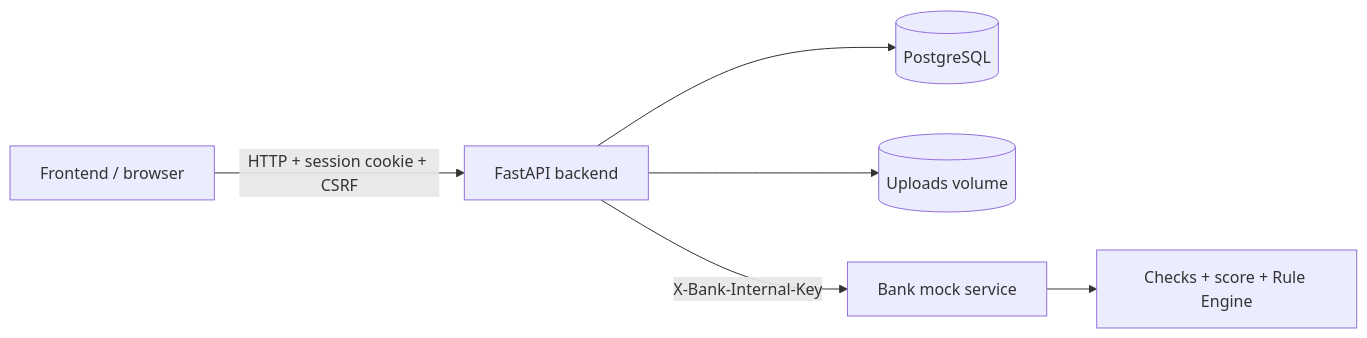
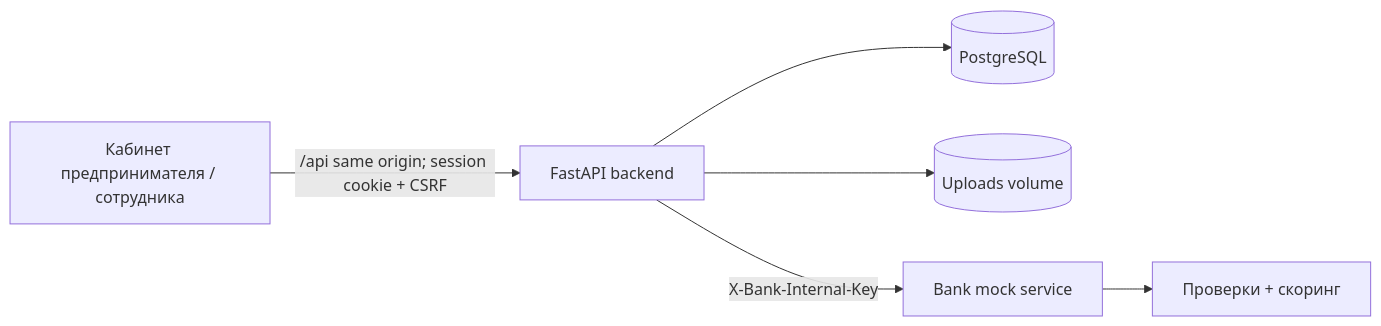
The first of 2 diagrams in docs/architecture.md (nbva29/alpha_hackathon), drawn with Mermaid before and after one commit. The commit also changed other lines of this file and 44 other files, not shown here.

````diff
--- a/docs/architecture.md
+++ b/docs/architecture.md
@@ -3,8 +3,8 @@
 ```mermaid
 flowchart LR
-  UI[Frontend / browser] -->|HTTP + session cookie + CSRF| API[FastAPI backend]
+  UI[Кабинет предпринимателя / сотрудника] -->|/api same origin; session cookie + CSRF| API[FastAPI backend]
   API --> DB[(PostgreSQL)]
   API --> FS[(Uploads volume)]
   API -->|X-Bank-Internal-Key| BANK[Bank mock service]
-  BANK --> RULES[Checks + score + Rule Engine]
+  BANK --> RULES[Проверки + скоринг]
 ```
````
